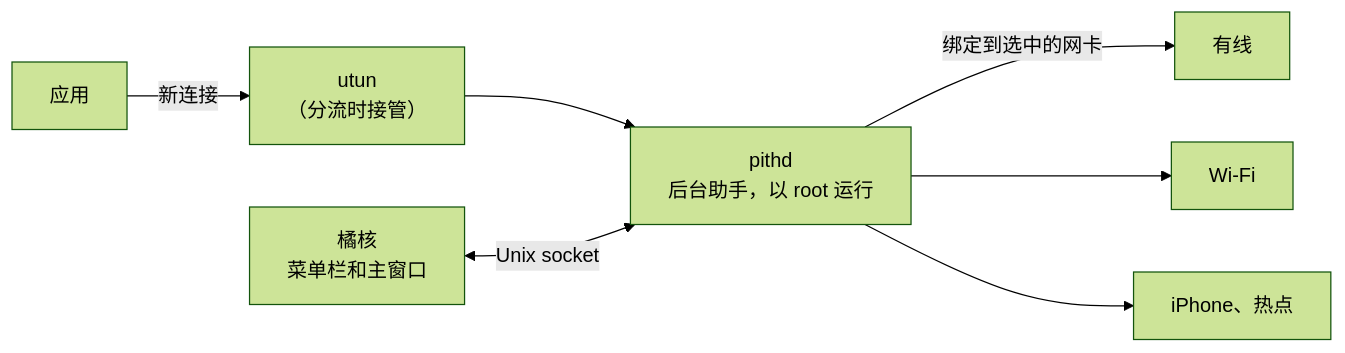
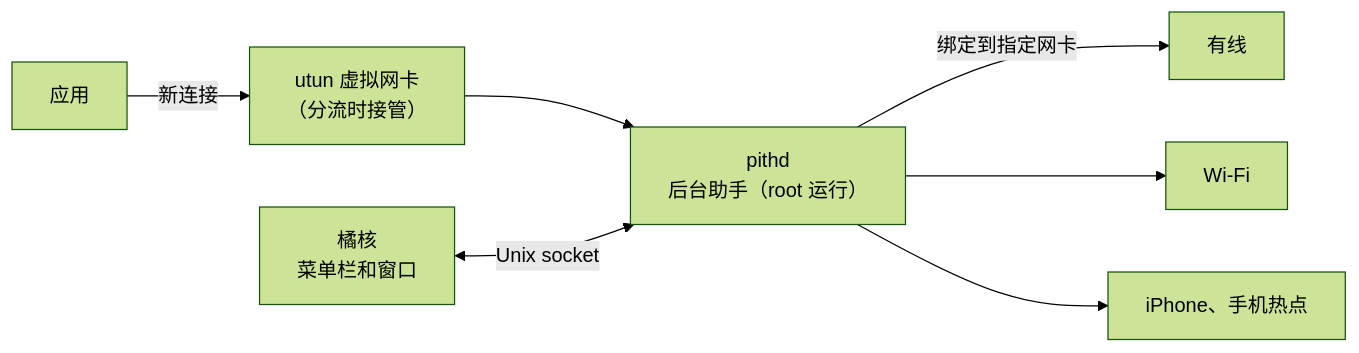
The diagram in README.zh-CN.md (Kel077/pith), drawn with Mermaid (forest theme) before and after one commit. The commit also changed other lines of this file and 1 other file, not shown here.

````diff
--- a/README.zh-CN.md
+++ b/README.zh-CN.md
@@ -58,9 +58,9 @@
 ```mermaid
 flowchart LR
-  apps["应用"] -- 新连接 --> utun["utun<br/>（分流时接管）"]
-  utun --> pithd["pithd<br/>后台助手，以 root 运行"]
-  pithd -- "绑定到选中的网卡" --> eth["有线"]
+  apps["应用"] -- 新连接 --> utun["utun 虚拟网卡<br/>（分流时接管）"]
+  utun --> pithd["pithd<br/>后台助手（root 运行）"]
+  pithd -- "绑定到指定网卡" --> eth["有线"]
   pithd --> wifi["Wi-Fi"]
-  pithd --> phone["iPhone、热点"]
-  app["橘核<br/>菜单栏和主窗口"] <-- "Unix socket" --> pithd
+  pithd --> phone["iPhone、手机热点"]
+  app["橘核<br/>菜单栏和窗口"] <-- "Unix socket" --> pithd
 ```
````
